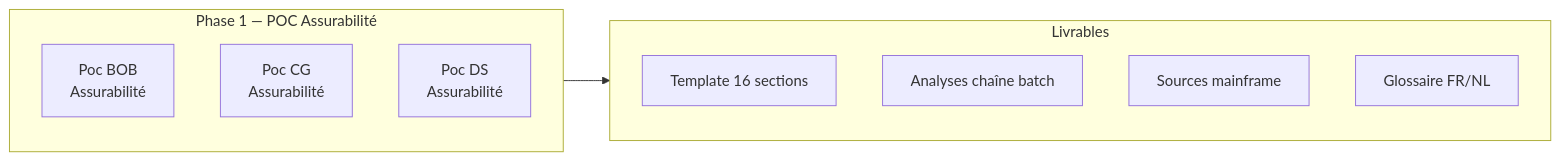
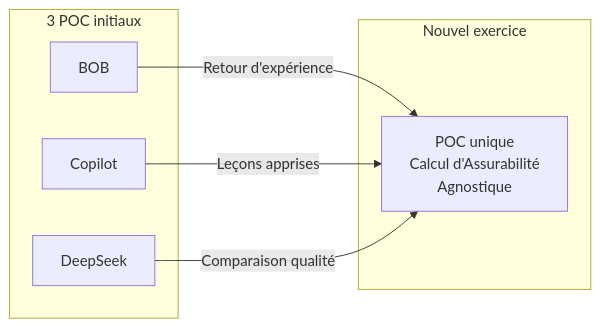
The first of 3 diagrams in docs/wiki/agent-pro/bureau-robert/phase1-poc-assurabilite-document-initial.md (christophedanhier-hash/BAVI_LEO), drawn with Mermaid before and after one commit. The commit also changed other lines of this file and 1 other file, not shown here.

Commit message:
v2 Phase 1 - POC unique Calcul Assurabilite, agnostique outil

````diff
--- a/docs/wiki/agent-pro/bureau-robert/phase1-poc-assurabilite-document-initial.md
+++ b/docs/wiki/agent-pro/bureau-robert/phase1-poc-assurabilite-document-initial.md
@@ -23,18 +27,16 @@
 ```mermaid
 flowchart LR
-    subgraph PHASE1["Phase 1 — POC Assurabilité"]
-        direction TB
-        BOB[Poc BOB<br/>Assurabilité]
-        CG[Poc CG<br/>Assurabilité]
-        DS[Poc DS<br/>Assurabilité]
+    subgraph INITIAL["3 POC initiaux"]
+        BOB[BOB]
+        COPILOT[Copilot]
+        DS[DeepSeek]
     end
 
-    subgraph LIVRABLES["Livrables"]
-        TEMPLATE[Template 16 sections]
-        ANALYSE[Analyses chaîne batch]
-        SOURCES[Sources mainframe]
-        GLOSSAIRE[Glossaire FR/NL]
+    subgraph UNIQUE["Nouvel exercice"]
+        REF[POC unique<br/>Calcul d'Assurabilité<br/>Agnostique]
     end
 
-    PHASE1 --> LIVRABLES
+    BOB -->|Retour d'expérience| REF
+    COPILOT -->|Leçons apprises| REF
+    DS -->|Comparaison qualité| REF
 ```
````
